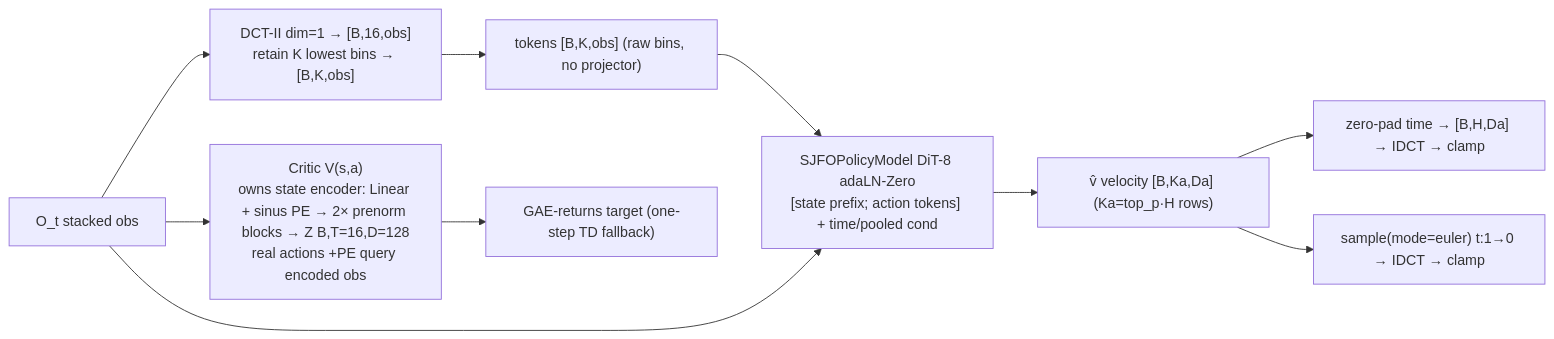
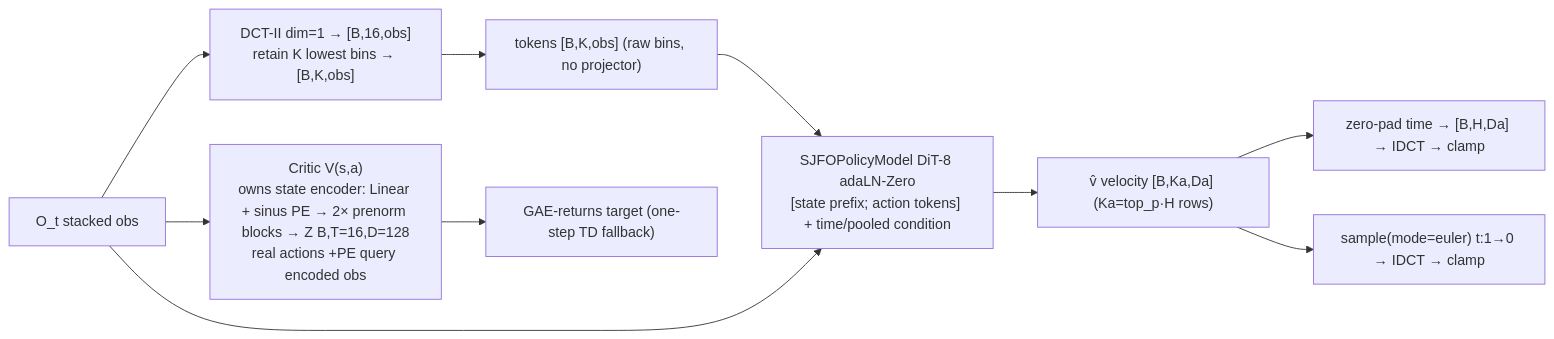
One commit to dzungphieuluuky/flow-policy-optimization changed the diagram in docs/architecture.md. Above: the diagram before and after it, drawn with Mermaid. The commit also changed 5 other files, not shown here.

````diff
--- a/docs/architecture.md
+++ b/docs/architecture.md
@@ -14,12 +14,12 @@
 ```mermaid
 flowchart LR
   O[O_t stacked obs] --> DCT["DCT-II dim=1 → [B,16,obs]\nretain K lowest bins → [B,K,obs]"]
   DCT --> TOK["tokens [B,K,obs] (raw bins, no projector)"]
-  TOK --> DIT["SJFOPolicyModel DiT-8 adaLN-Zero\n[state prefix; action tokens] + time/pooled cond"]
+  TOK --> DIT["SJFOPolicyModel DiT-8 adaLN-Zero\n[state prefix; action tokens] + time/pooled condition"]
   O --> DIT
   DIT --> V["v̂ velocity [B,Ka,Da] (Ka=top_p·H rows)"]
   V --> PAD["zero-pad time → [B,H,Da] → IDCT → clamp"]
   V --> EUL["sample(mode=euler) t:1→0 → IDCT → clamp"]
   O --> CR["Critic V(s,a)\nowns state encoder: Linear + sinus PE → 2× prenorm blocks → Z B,T=16,D=128\nreal actions +PE query encoded obs"]
   CR --> TD["GAE-returns target (one-step TD fallback)"]
 ```
````
